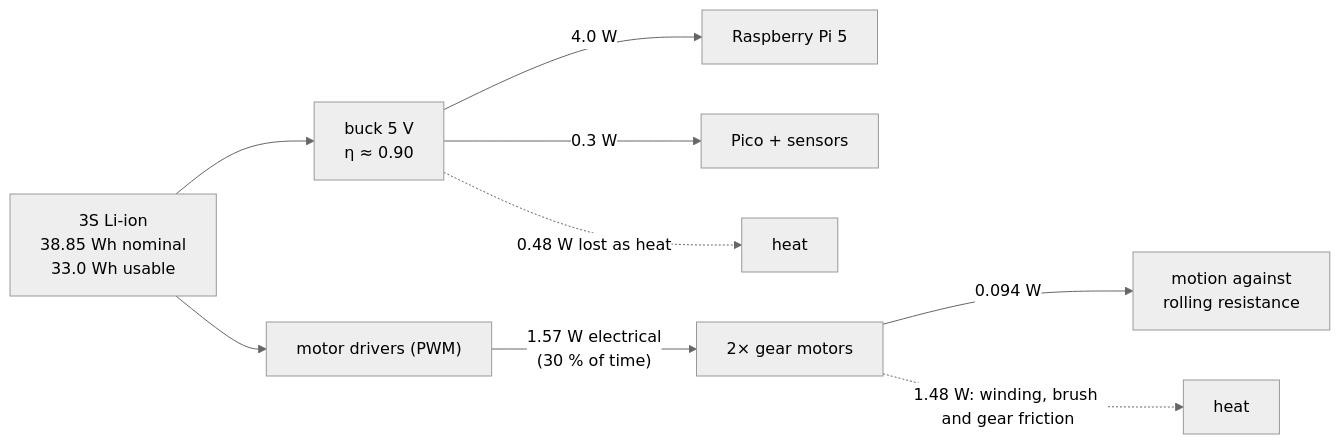
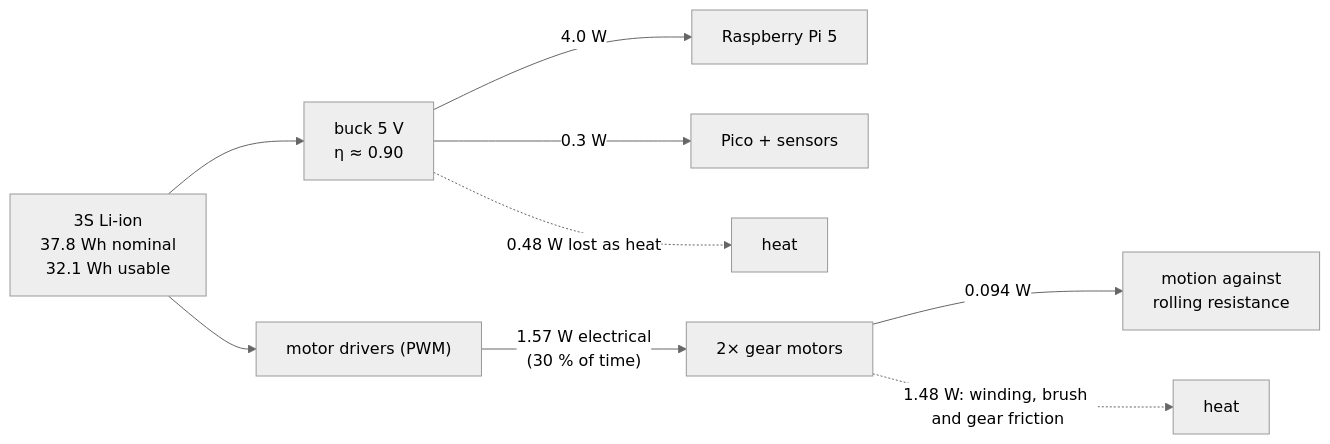
One commit to tal-giladi/robotics-course changed the diagram in optional-foundations/physics/FP.05-energy-power-efficiency.md. Above: the diagram before and after it, drawn with Mermaid (neutral theme). The commit also changed other lines of this file and 55 other files, not shown here.

````diff
--- a/optional-foundations/physics/FP.05-energy-power-efficiency.md
+++ b/optional-foundations/physics/FP.05-energy-power-efficiency.md
@@ -150,11 +150,11 @@
 ```mermaid
 flowchart LR
-    BAT["3S Li-ion<br/>38.85 Wh nominal<br/>33.0 Wh usable"] --> BUCK["buck 5 V<br/>η ≈ 0.90"]
+    BAT["3S Li-ion<br/>37.8 Wh nominal<br/>32.1 Wh usable"] --> BUCK["buck 5 V<br/>η ≈ 0.90"]
     BAT --> DRV["motor drivers (PWM)"]
     BUCK -->|"4.0 W"| PI["Raspberry Pi 5"]
     BUCK -->|"0.3 W"| PICO["Pico + sensors"]
     BUCK -.->|"0.48 W lost as heat"| HEAT1["heat"]
     DRV -->|"1.57 W electrical<br/>(30 % of time)"| MOT["2× gear motors"]
     MOT -->|"0.094 W"| FLOOR["motion against<br/>rolling resistance"]
     MOT -.->|"1.48 W: winding, brush and gear friction"| HEAT2["heat"]
 ```
````
